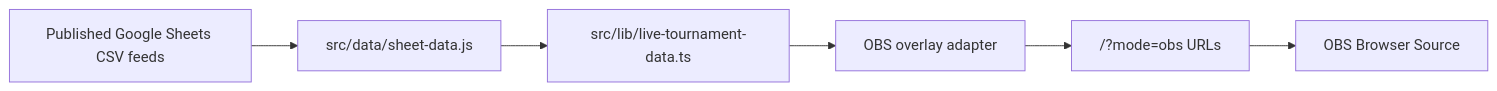
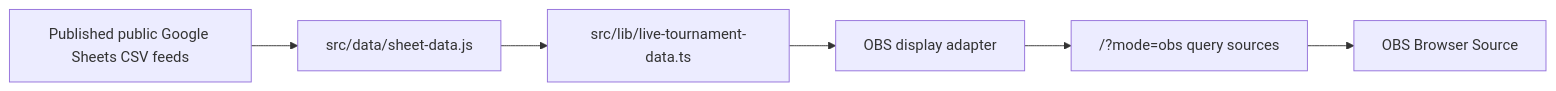
One commit to cci-community/CCI-Legion-Wars changed the diagram in docs/OBS_OVERLAYS.md. Above: the diagram before and after it, drawn with Mermaid. The commit also changed other lines of this file and 1 other file, not shown here.

Commit message:
Redesign OBS broadcast bracket sources

````diff
--- a/docs/OBS_OVERLAYS.md
+++ b/docs/OBS_OVERLAYS.md
@@ -15,8 +17,8 @@
 ```mermaid
 flowchart LR
-  A["Published Google Sheets CSV feeds"] --> B["src/data/sheet-data.js"]
+  A["Published public Google Sheets CSV feeds"] --> B["src/data/sheet-data.js"]
   B --> C["src/lib/live-tournament-data.ts"]
-  C --> D["OBS overlay adapter"]
-  D --> E["/?mode=obs URLs"]
+  C --> D["OBS display adapter"]
+  D --> E["/?mode=obs query sources"]
   E --> F["OBS Browser Source"]
 ```
````
